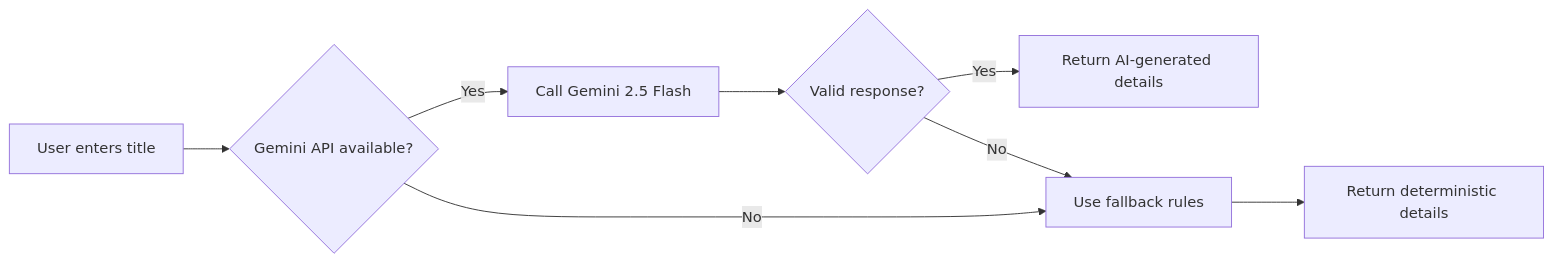
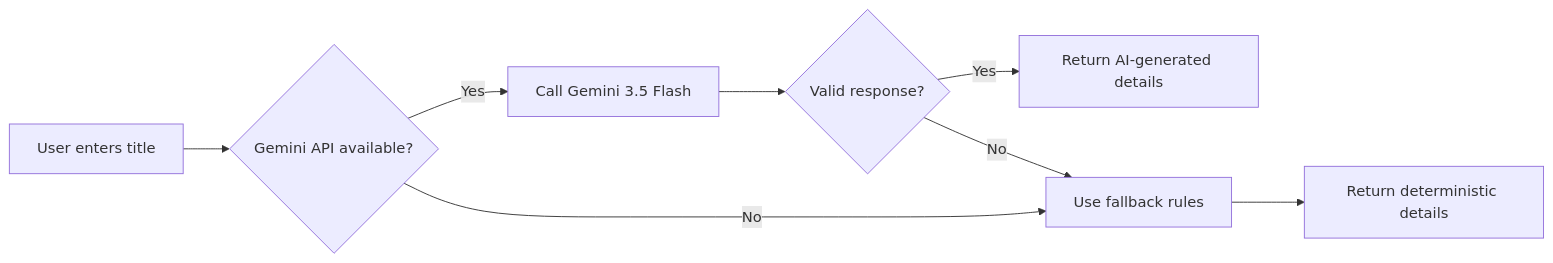
Before and after one commit to manojkumar675/AI-Powered-Task-Management-Portal: the second of 3 diagrams in README.md, drawn with Mermaid. The commit also changed other lines of this file, not shown here.

Commit message:
Update Gemini version to 3.5 Flash in README

````diff
--- a/README.md
+++ b/README.md
@@ -135,10 +135,10 @@
 ```mermaid
 flowchart LR
     A[User enters title] --> B{Gemini API available?}
-    B -->|Yes| C[Call Gemini 2.5 Flash]
+    B -->|Yes| C[Call Gemini 3.5 Flash]
     C --> D{Valid response?}
     D -->|Yes| E[Return AI-generated details]
     D -->|No| F[Use fallback rules]
     B -->|No| F
     F --> G[Return deterministic details]
 ```
````
